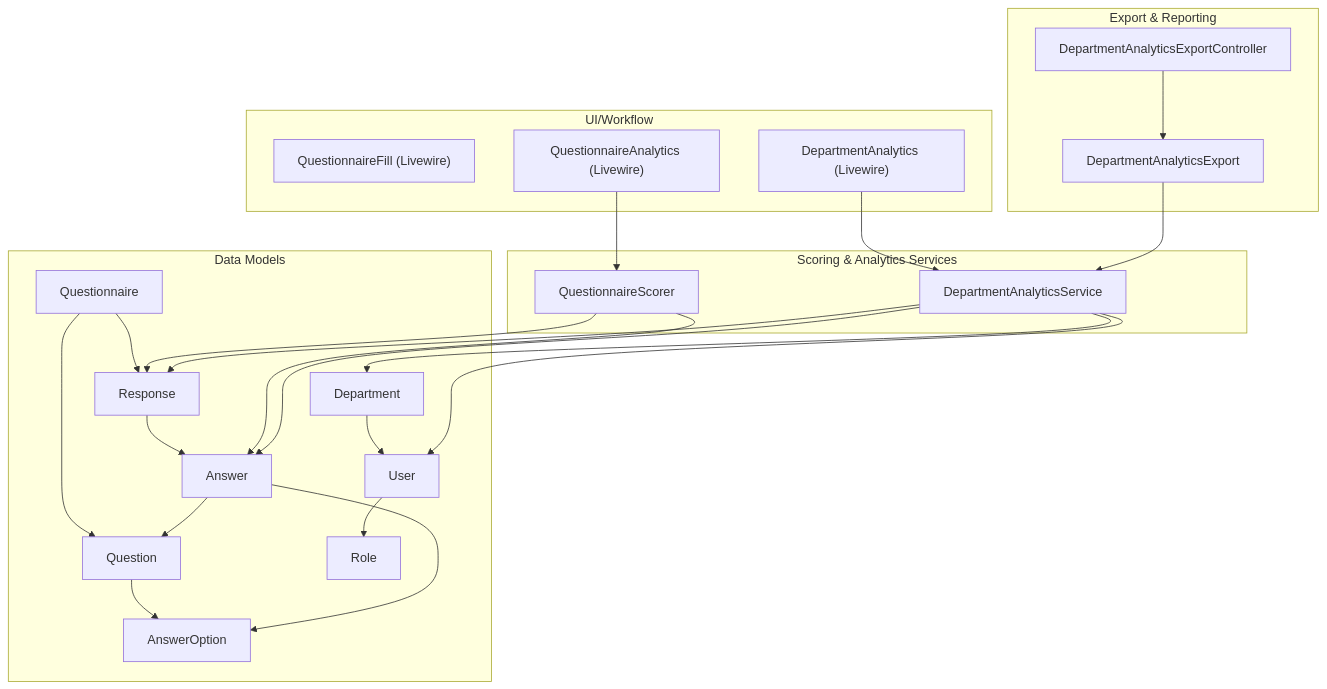
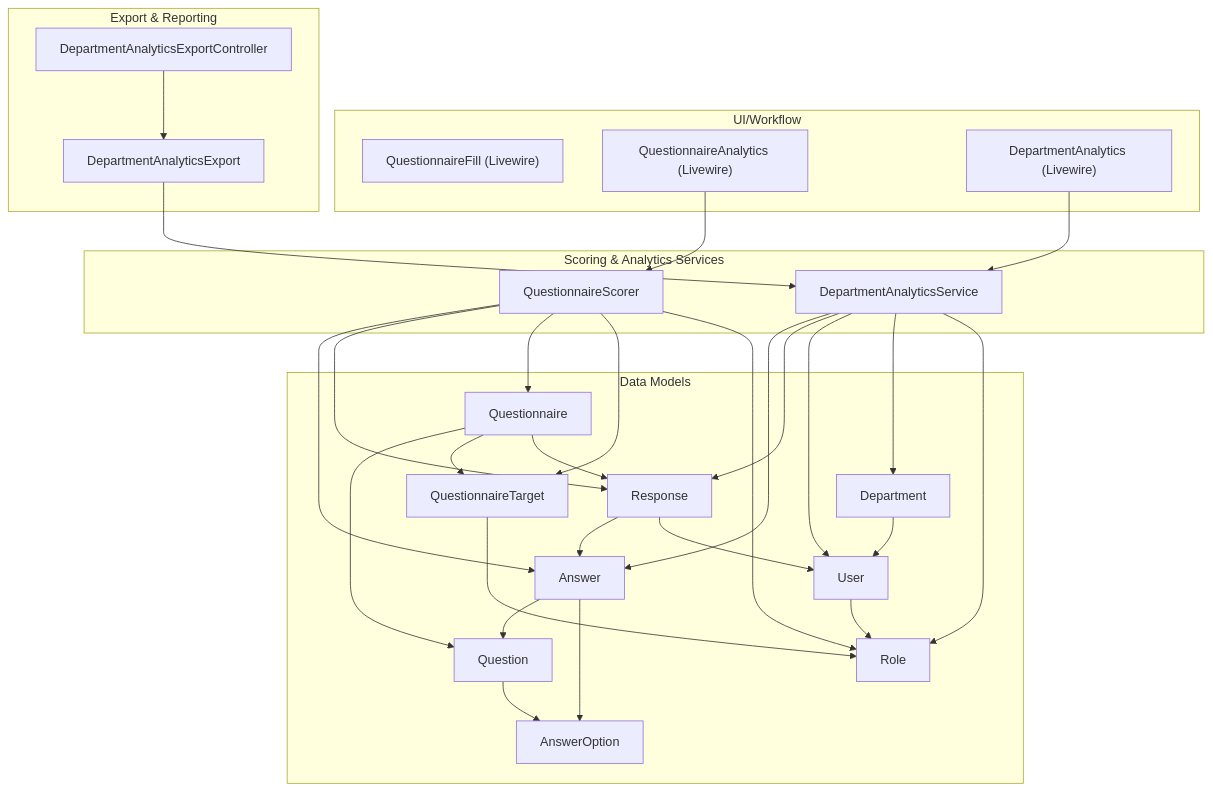
One commit to rudicatsmile/assesment360 changed the first of 8 diagrams in .qoder/repowiki/en/content/Core Features/Evaluation Workflows/Scoring Algorithm.md. Above: the diagram before and after it, drawn with Mermaid. The commit also changed other lines of this file and 4 other files, not shown here.

````diff
--- a/.qoder/repowiki/en/content/Core Features/Evaluation Workflows/Scoring Algorithm.md
+++ b/.qoder/repowiki/en/content/Core Features/Evaluation Workflows/Scoring Algorithm.md
@@ -59,44 +61,52 @@
 ```mermaid
 graph TB
 subgraph "Data Models"
 Q["Question"]
 AO["AnswerOption"]
 R["Response"]
 A["Answer"]
 QZ["Questionnaire"]
+QT["QuestionnaireTarget"]
 D["Department"]
 U["User"]
 RO["Role"]
 end
 subgraph "Scoring & Analytics Services"
 S["QuestionnaireScorer"]
 DAS["DepartmentAnalyticsService"]
 end
 subgraph "UI/Workflow"
 WF["QuestionnaireFill (Livewire)"]
 QA["QuestionnaireAnalytics (Livewire)"]
 DA["DepartmentAnalytics (Livewire)"]
 end
 subgraph "Export & Reporting"
 EXP["DepartmentAnalyticsExport"]
 EC["DepartmentAnalyticsExportController"]
 end
 Q --> AO
 QZ --> Q
+QZ --> QT
+QT --> RO
 R --> A
 A --> Q
 A --> AO
 QZ --> R
+R --> U
+U --> RO
 D --> U
-U --> RO
 S --> A
 S --> R
+S --> QZ
+S --> QT
+S --> RO
 DAS --> A
 DAS --> R
 DAS --> U
 DAS --> D
+DAS --> RO
 QA --> S
 DA --> DAS
 EXP --> DAS
 EC --> EXP
 ```
````
